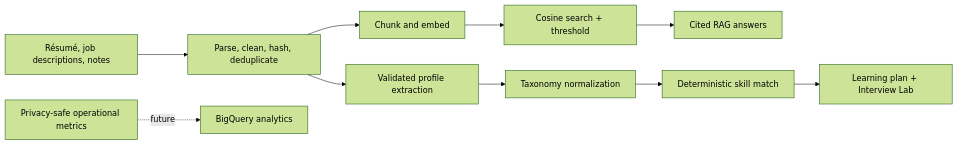
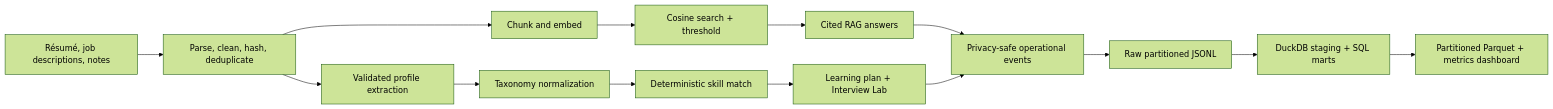
The diagram in README.md (OlegZas/project-job-prep-ai), drawn with Mermaid (forest theme) before and after one commit. The commit also changed other lines of this file and 22 other files, not shown here.

Commit message:
Add local DuckDB analytics pipeline

````diff
--- a/README.md
+++ b/README.md
@@ -49,12 +58,16 @@
 ```mermaid
 flowchart LR
     A["Résumé, job descriptions, notes"] --> B["Parse, clean, hash, deduplicate"]
     B --> C["Chunk and embed"]
     C --> D["Cosine search + threshold"]
     D --> E["Cited RAG answers"]
     B --> F["Validated profile extraction"]
     F --> G["Taxonomy normalization"]
     G --> H["Deterministic skill match"]
     H --> I["Learning plan + Interview Lab"]
-    J["Privacy-safe operational metrics"] -. future .-> K["BigQuery analytics"]
+    E --> J["Privacy-safe operational events"]
+    I --> J
+    J --> K["Raw partitioned JSONL"]
+    K --> L["DuckDB staging + SQL marts"]
+    L --> M["Partitioned Parquet + metrics dashboard"]
 ```
````
